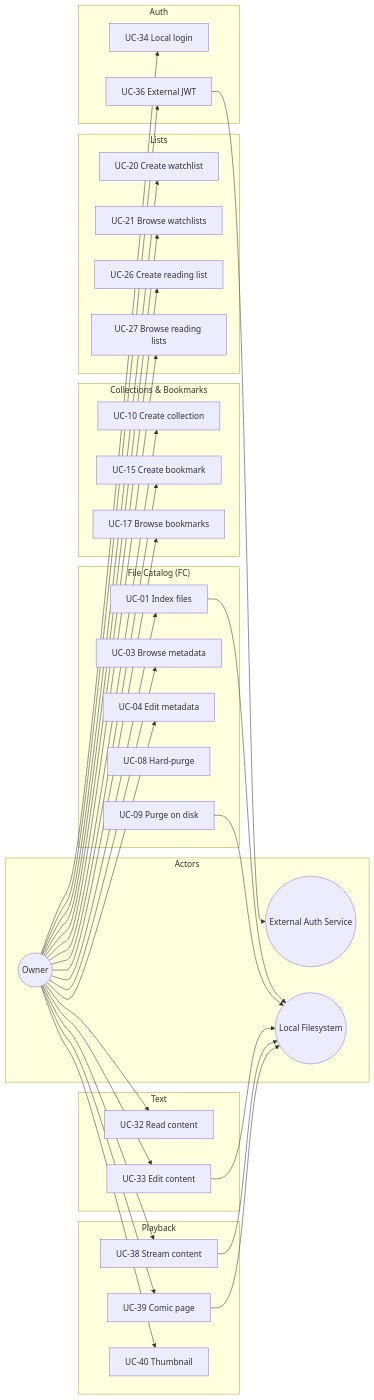
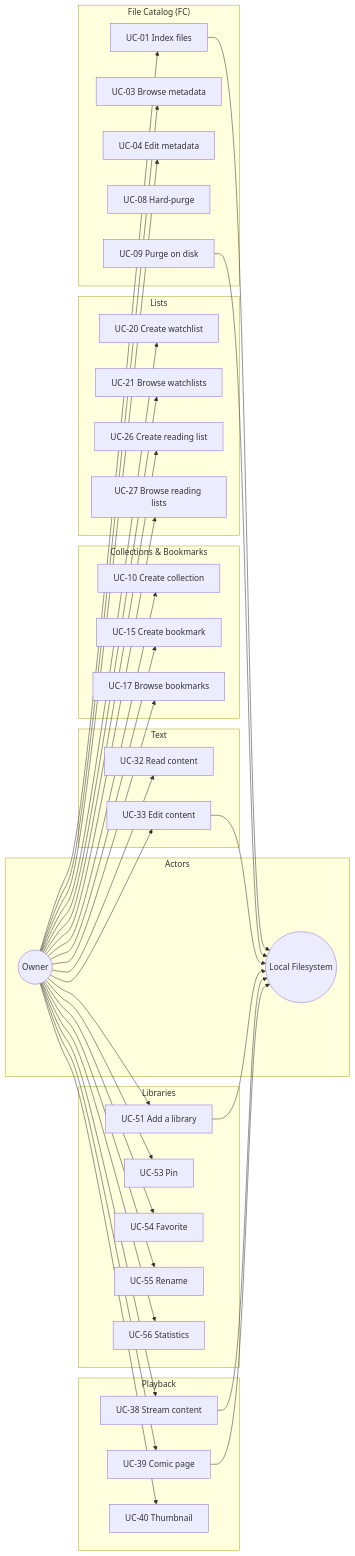
One commit to artur-rios/alexandria-api changed the first of 5 diagrams in docs/requirements/Use Case Specification Document.md. Above: the diagram before and after it, drawn with Mermaid. The commit also changed other lines of this file and 15 other files, not shown here.

````diff
--- a/docs/requirements/Use Case Specification Document.md
+++ b/docs/requirements/Use Case Specification Document.md
@@ -26,69 +24,74 @@
 ```mermaid
 graph LR
     subgraph Actors
         O(("Owner"))
-        AUTH(("External Auth Service"))
         FS(("Local Filesystem"))
     end
 
     subgraph "File Catalog (FC)"
         UC01[UC-01 Index files]
         UC03[UC-03 Browse metadata]
         UC04[UC-04 Edit metadata]
         UC08[UC-08 Hard-purge]
         UC09[UC-09 Purge on disk]
     end
 
     subgraph "Collections & Bookmarks"
         UC10[UC-10 Create collection]
         UC15[UC-15 Create bookmark]
         UC17[UC-17 Browse bookmarks]
     end
 
     subgraph "Lists"
         UC20[UC-20 Create watchlist]
         UC21[UC-21 Browse watchlists]
         UC26[UC-26 Create reading list]
         UC27[UC-27 Browse reading lists]
     end
 
     subgraph "Text"
         UC32[UC-32 Read content]
         UC33[UC-33 Edit content]
     end
 
-    subgraph "Auth"
-        UC34[UC-34 Local login]
-        UC36[UC-36 External JWT]
+    subgraph "Libraries"
+        UC51[UC-51 Add a library]
+        UC53[UC-53 Pin]
+        UC54[UC-54 Favorite]
+        UC55[UC-55 Rename]
+        UC56[UC-56 Statistics]
     end
 
     subgraph "Playback"
         UC38[UC-38 Stream content]
         UC39[UC-39 Comic page]
         UC40[UC-40 Thumbnail]
     end
 
     O --> UC01
     O --> UC03
     O --> UC04
     O --> UC10
     O --> UC15
     O --> UC17
     O --> UC20
     O --> UC21
     O --> UC26
     O --> UC27
     O --> UC32
     O --> UC33
     UC01 --> FS
     UC09 --> FS
     UC33 --> FS
-    O --> UC34
-    O --> UC36
-    UC36 --> AUTH
+    O --> UC51
+    O --> UC53
+    O --> UC54
+    O --> UC55
+    O --> UC56
+    UC51 --> FS
     O --> UC38
     O --> UC39
     O --> UC40
     UC38 --> FS
     UC39 --> FS
 ```
````
